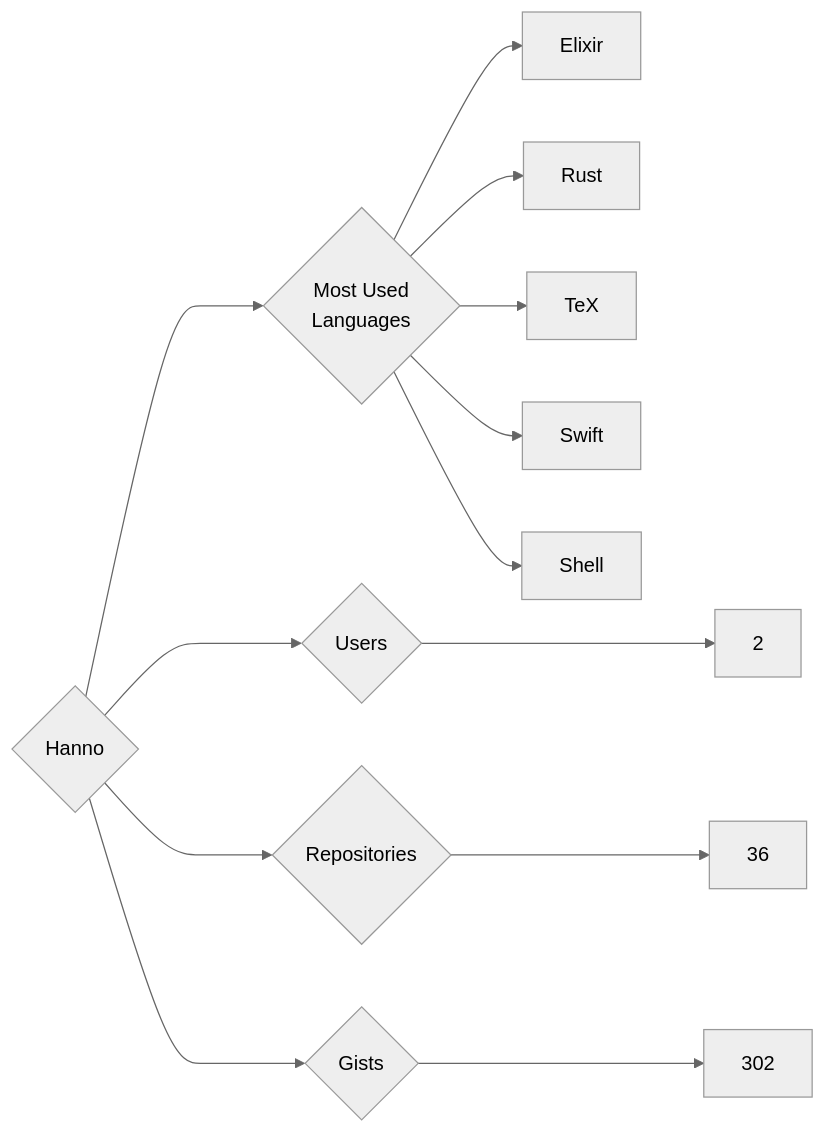
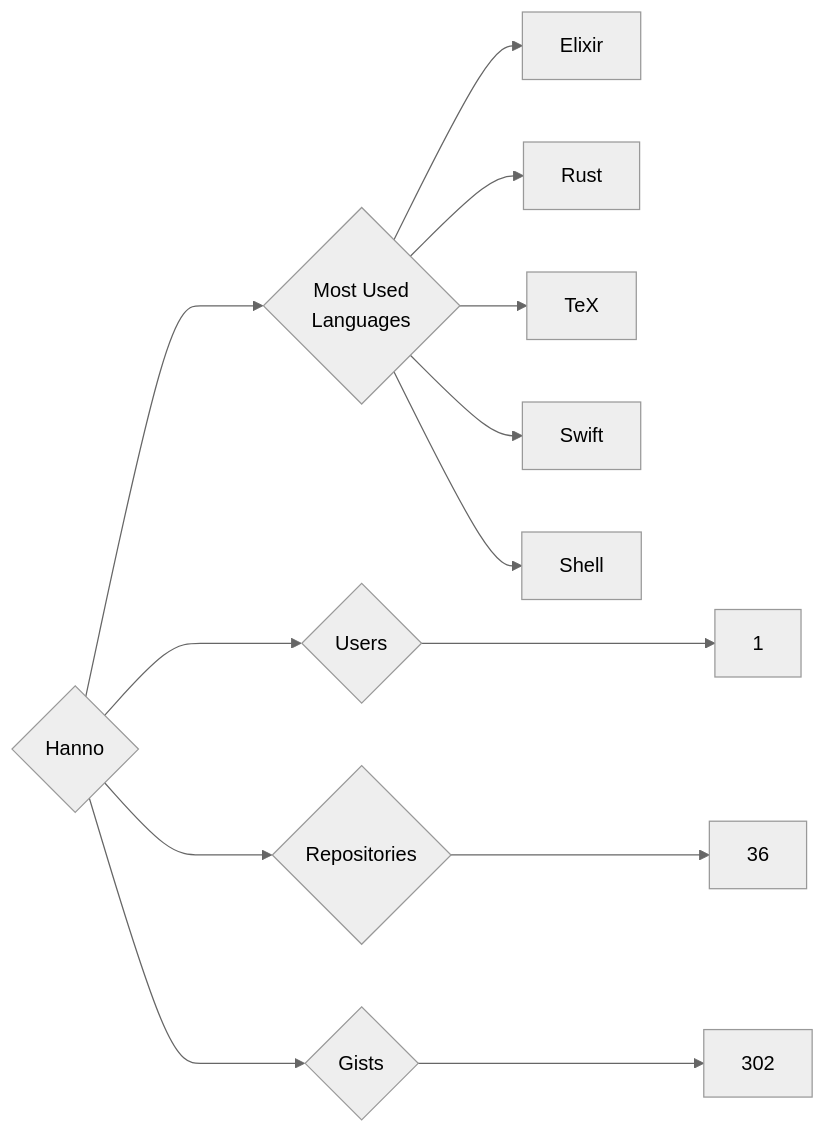
One commit to trickest/insiders changed the diagram in targets/Hanno/README.md. Above: the diagram before and after it, drawn with Mermaid (neutral theme). The commit also changed 912 other files, not shown here.

````diff
--- a/targets/Hanno/README.md
+++ b/targets/Hanno/README.md
@@ -3,13 +3,13 @@
 ```mermaid
 graph LR
 COMPANY_NAME{Hanno}
-COMPANY_NAME ---> U{Users} ---> UN[2]
+COMPANY_NAME ---> U{Users} ---> UN[1]
 COMPANY_NAME ---> R{Repositories} ---> RN[36]
 COMPANY_NAME ---> G{Gists} ---> GN[302]
 COMPANY_NAME ---> ML{Most Used<br>Languages}
 ML --> Elixir[Elixir]
 ML --> Rust[Rust]
 ML --> TeX[TeX]
 ML --> Swift[Swift]
 ML --> Shell[Shell]
 ```
````
